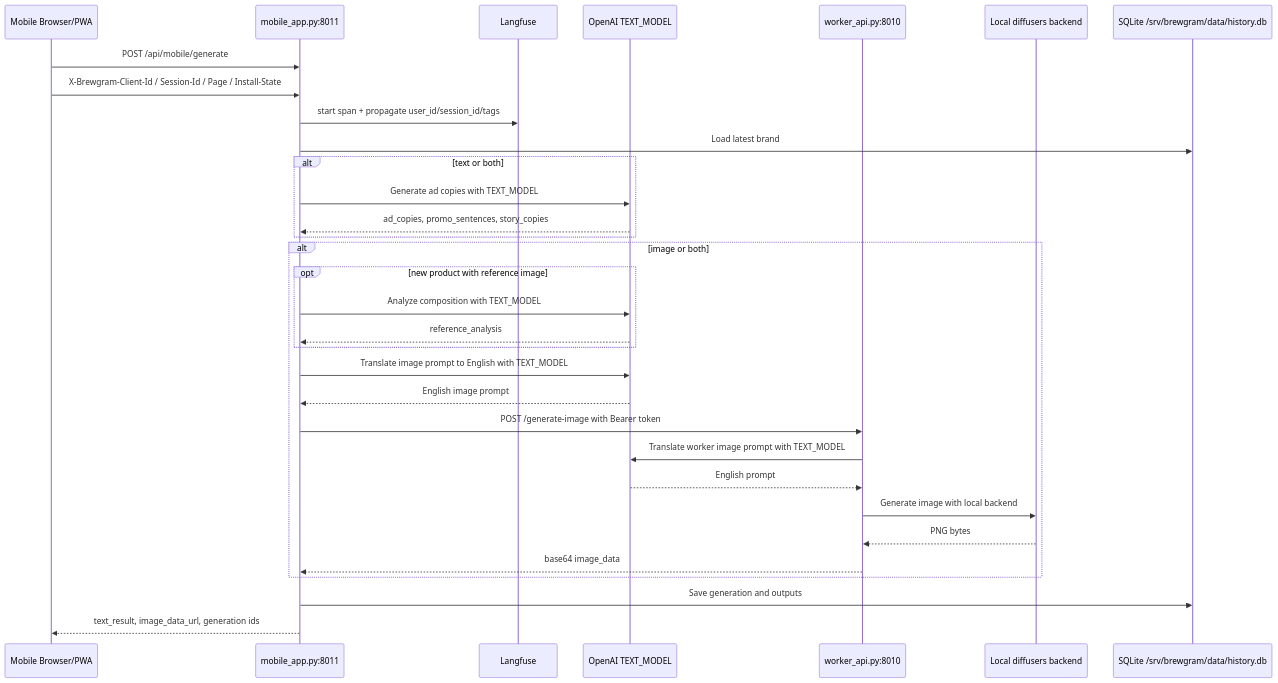
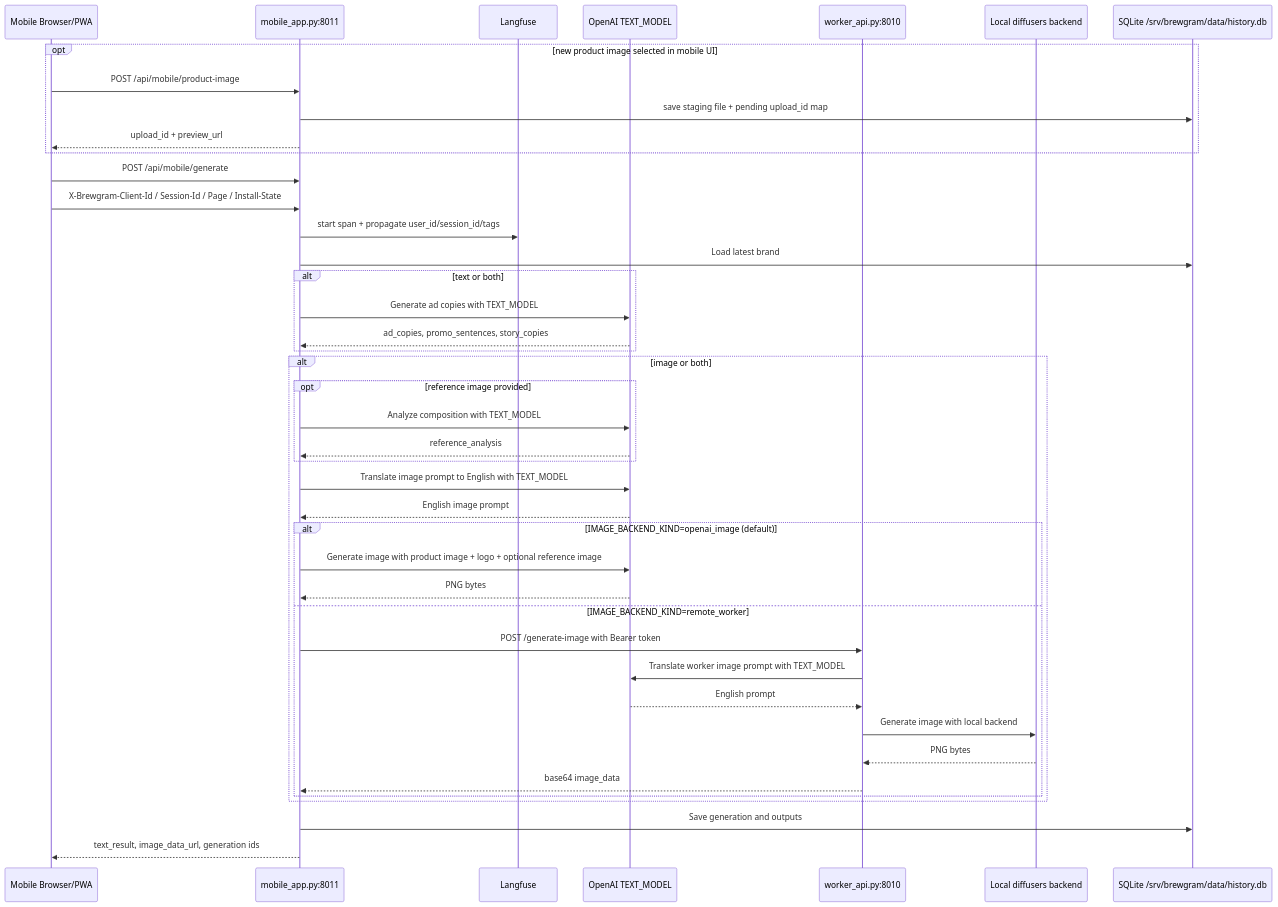
Before and after one commit to juyoung-song/Gen_for_SmallBusiness: the third of 5 diagrams in docs/mobile_worker_workflow.md, drawn with Mermaid. The commit also changed other lines of this file and 5 other files, not shown here.

````diff
--- a/docs/mobile_worker_workflow.md
+++ b/docs/mobile_worker_workflow.md
@@ -117,38 +118,49 @@
 ```mermaid
 sequenceDiagram
     participant Browser as Mobile Browser/PWA
     participant Mobile as mobile_app.py:8011
     participant Langfuse as Langfuse
     participant OpenAI as OpenAI TEXT_MODEL
     participant Worker as worker_api.py:8010
     participant Diffusers as Local diffusers backend
     participant DB as SQLite /srv/brewgram/data/history.db
+
+    opt new product image selected in mobile UI
+        Browser->>Mobile: POST /api/mobile/product-image
+        Mobile->>DB: save staging file + pending upload_id map
+        Mobile-->>Browser: upload_id + preview_url
+    end
 
     Browser->>Mobile: POST /api/mobile/generate
     Browser->>Mobile: X-Brewgram-Client-Id / Session-Id / Page / Install-State
     Mobile->>Langfuse: start span + propagate user_id/session_id/tags
     Mobile->>DB: Load latest brand
 
     alt text or both
         Mobile->>OpenAI: Generate ad copies with TEXT_MODEL
         OpenAI-->>Mobile: ad_copies, promo_sentences, story_copies
     end
 
     alt image or both
-        opt new product with reference image
+        opt reference image provided
             Mobile->>OpenAI: Analyze composition with TEXT_MODEL
             OpenAI-->>Mobile: reference_analysis
         end
         Mobile->>OpenAI: Translate image prompt to English with TEXT_MODEL
         OpenAI-->>Mobile: English image prompt
-        Mobile->>Worker: POST /generate-image with Bearer token
-        Worker->>OpenAI: Translate worker image prompt with TEXT_MODEL
-        OpenAI-->>Worker: English prompt
-        Worker->>Diffusers: Generate image with local backend
-        Diffusers-->>Worker: PNG bytes
-        Worker-->>Mobile: base64 image_data
+        alt IMAGE_BACKEND_KIND=openai_image (default)
+            Mobile->>OpenAI: Generate image with product image + logo + optional reference image
+            OpenAI-->>Mobile: PNG bytes
+        else IMAGE_BACKEND_KIND=remote_worker
+            Mobile->>Worker: POST /generate-image with Bearer token
+            Worker->>OpenAI: Translate worker image prompt with TEXT_MODEL
+            OpenAI-->>Worker: English prompt
+            Worker->>Diffusers: Generate image with local backend
+            Diffusers-->>Worker: PNG bytes
+            Worker-->>Mobile: base64 image_data
+        end
     end
 
     Mobile->>DB: Save generation and outputs
     Mobile-->>Browser: text_result, image_data_url, generation ids
 ```
````
